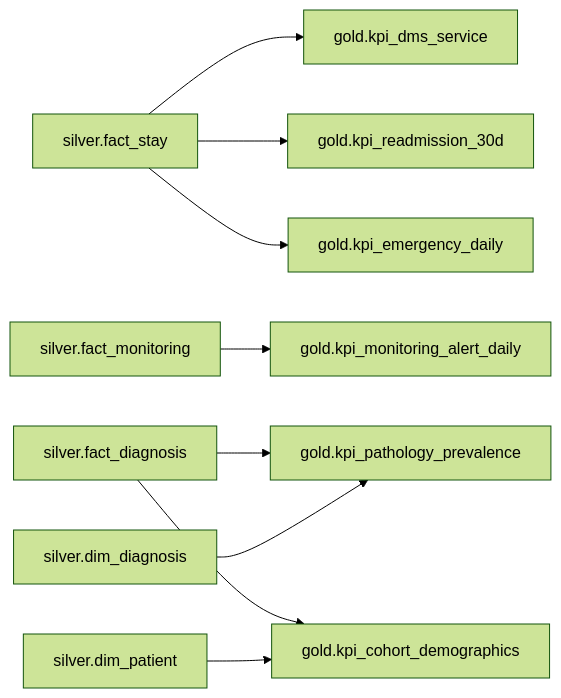
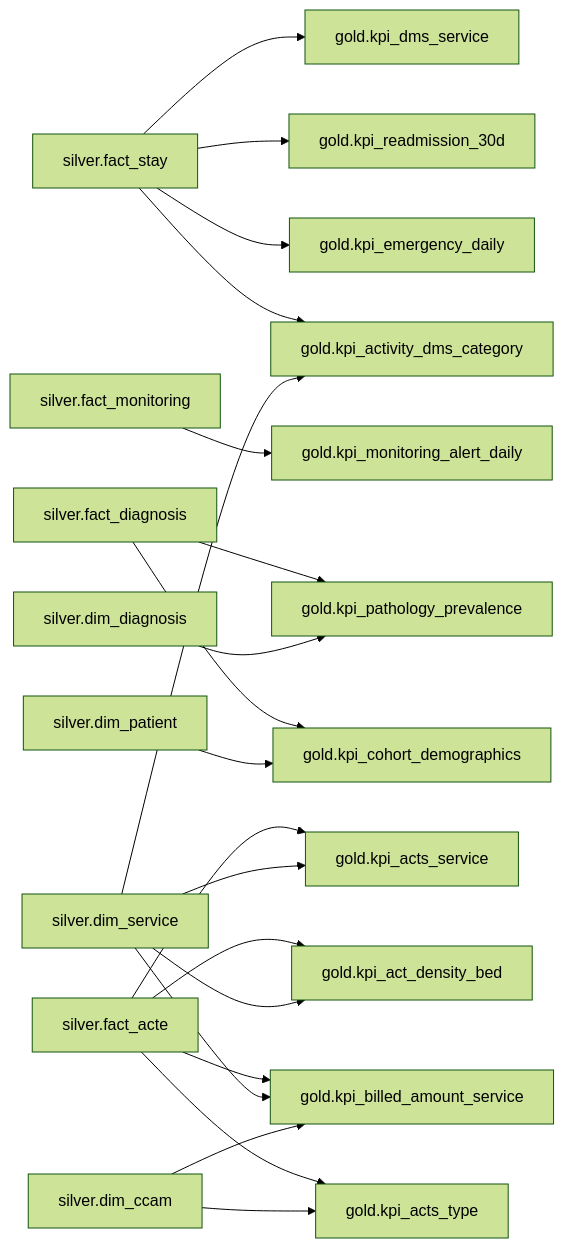
One commit to legrosbison/eds-chu changed the diagram in docs/data-model-gold.md. Above: the diagram before and after it, drawn with Mermaid (forest theme). The commit also changed other lines of this file and 23 other files, not shown here.

````diff
--- a/docs/data-model-gold.md
+++ b/docs/data-model-gold.md
@@ -15,11 +15,22 @@
 ```mermaid
 flowchart LR
     FS[silver.fact_stay] --> DMS[gold.kpi_dms_service]
     FS --> READM[gold.kpi_readmission_30d]
     FS --> URG[gold.kpi_emergency_daily]
     FM[silver.fact_monitoring] --> ALERT[gold.kpi_monitoring_alert_daily]
     FD[silver.fact_diagnosis] --> PREV[gold.kpi_pathology_prevalence]
     FD --> DEMO[gold.kpi_cohort_demographics]
     DD[silver.dim_diagnosis] --> PREV
     DP[silver.dim_patient] --> DEMO
+    FS --> CAT[gold.kpi_activity_dms_category]
+    DS[silver.dim_service] --> CAT
+    FA[silver.fact_acte] --> ACTSVC[gold.kpi_acts_service]
+    FA --> AT[gold.kpi_acts_type]
+    FA --> DENS[gold.kpi_act_density_bed]
+    FA --> BILL[gold.kpi_billed_amount_service]
+    DS --> ACTSVC
+    DS --> DENS
+    DS --> BILL
+    CC[silver.dim_ccam] --> AT
+    CC --> BILL
 ```
````
